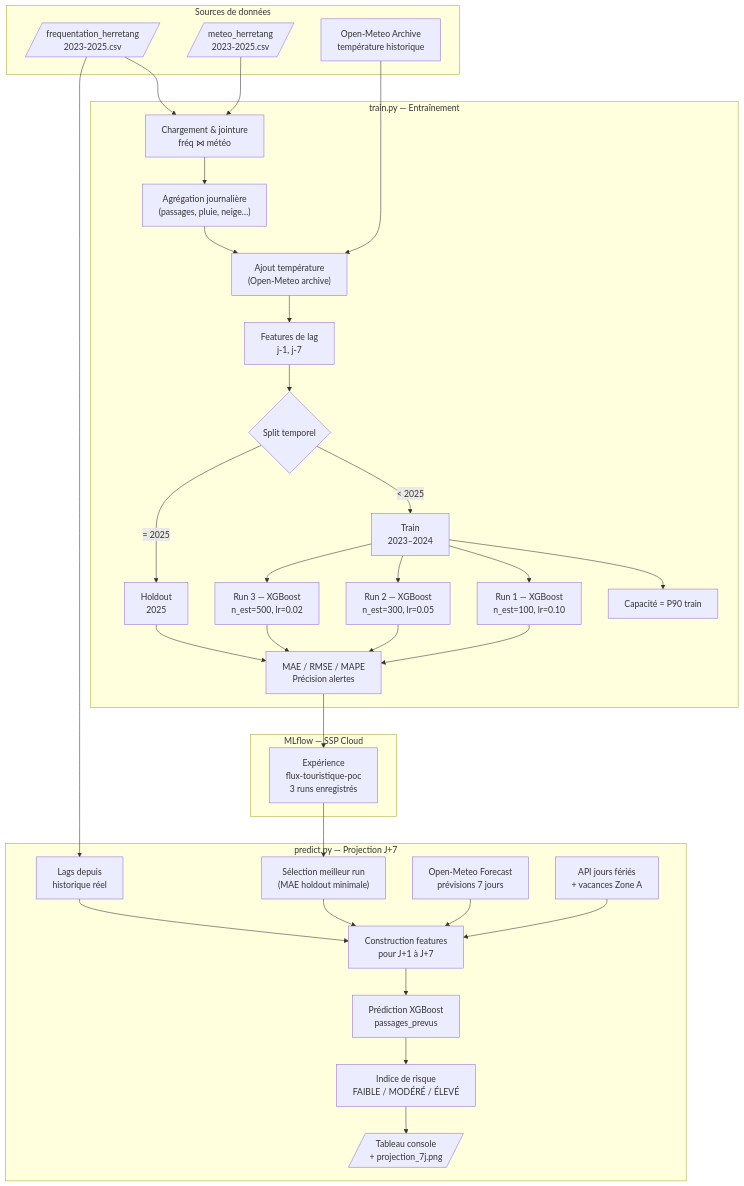
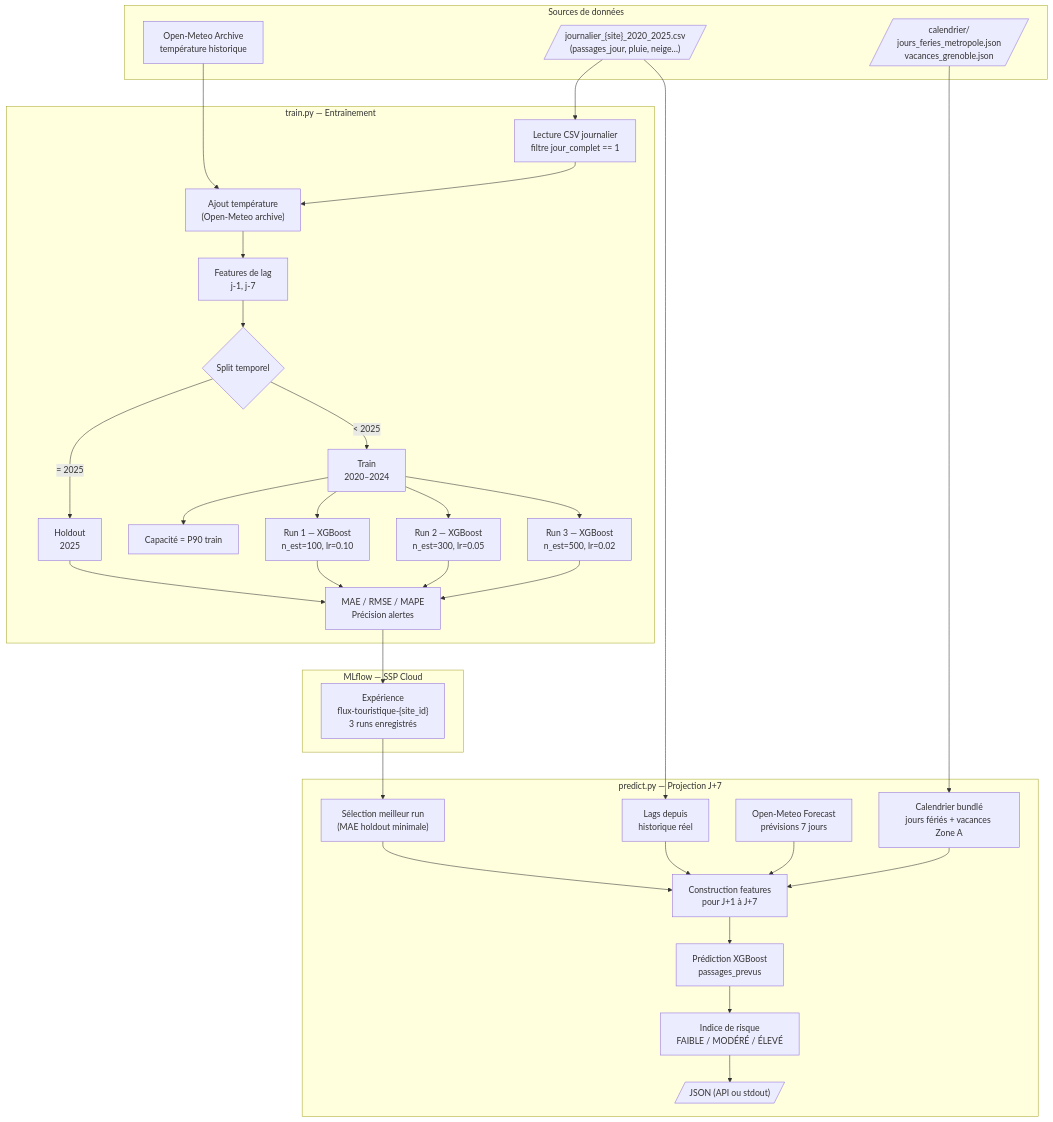
The diagram in src/docs/pipeline_ml.md (Claken/HACKATHON-DGE), drawn with Mermaid before and after one commit. The commit also changed other lines of this file and 2 other files, not shown here.

First line of the commit message:
docs: update for 7-site 2020-2025 dataset and simplified ML pipeline

````diff
--- a/src/docs/pipeline_ml.md
+++ b/src/docs/pipeline_ml.md
@@ -27,63 +25,61 @@
 ```mermaid
 flowchart TD
     subgraph DONNÉES["Sources de données"]
-        CSV_FREQ[/"frequentation_herretang\n2023-2025.csv"/]
-        CSV_METEO[/"meteo_herretang\n2023-2025.csv"/]
+        CSV_J[/"journalier_{site}_2020_2025.csv\n(passages_jour, pluie, neige…)"/]
         API_TEMP["Open-Meteo Archive\ntempérature historique"]
+        CAL_JSON[/"calendrier/\njours_feries_metropole.json\nvacances_grenoble.json"/]
     end
 
     subgraph TRAIN["train.py — Entraînement"]
-        T1["Chargement & jointure\nfréq ⋈ météo"]
-        T2["Agrégation journalière\n(passages, pluie, neige…)"]
-        T3["Ajout température\n(Open-Meteo archive)"]
-        T4["Features de lag\nj-1, j-7"]
-        T5{"Split temporel"}
-        T6["Train\n2023–2024"]
-        T7["Holdout\n2025"]
-        T8["Capacité = P90 train"]
-        T9["Run 1 — XGBoost\nn_est=100, lr=0.10"]
-        T10["Run 2 — XGBoost\nn_est=300, lr=0.05"]
-        T11["Run 3 — XGBoost\nn_est=500, lr=0.02"]
-        T12["MAE / RMSE / MAPE\nPrécision alertes"]
+        T1["Lecture CSV journalier\nfiltre jour_complet == 1"]
+        T2["Ajout température\n(Open-Meteo archive)"]
+        T3["Features de lag\nj-1, j-7"]
+        T4{"Split temporel"}
+        T5["Train\n2020–2024"]
+        T6["Holdout\n2025"]
+        T7["Capacité = P90 train"]
+        T8["Run 1 — XGBoost\nn_est=100, lr=0.10"]
+        T9["Run 2 — XGBoost\nn_est=300, lr=0.05"]
+        T10["Run 3 — XGBoost\nn_est=500, lr=0.02"]
+        T11["MAE / RMSE / MAPE\nPrécision alertes"]
     end
 
     subgraph MLFLOW["MLflow — SSP Cloud"]
-        ML["Expérience\nflux-touristique-poc\n3 runs enregistrés"]
+        ML["Expérience\nflux-touristique-{site_id}\n3 runs enregistrés"]
     end
 
     subgraph PREDICT["predict.py — Projection J+7"]
         P1["Sélection meilleur run\n(MAE holdout minimale)"]
         P2["Lags depuis\nhistorique réel"]
         P3["Open-Meteo Forecast\nprévisions 7 jours"]
-        P4["API jours fériés\n+ vacances Zone A"]
+        P4["Calendrier bundlé\njours fériés + vacances Zone A"]
         P5["Construction features\npour J+1 à J+7"]
         P6["Prédiction XGBoost\npassages_prevus"]
         P7["Indice de risque\nFAIBLE / MODÉRÉ / ÉLEVÉ"]
-        P8[/"Tableau console\n+ projection_7j.png"/]
+        P8[/"JSON (API ou stdout)"/]
     end
 
-    CSV_FREQ --> T1
-    CSV_METEO --> T1
+    CSV_J --> T1
+    API_TEMP --> T2
     T1 --> T2
-    API_TEMP --> T3
     T2 --> T3
     T3 --> T4
-    T4 --> T5
-    T5 -->|"< 2025"| T6
-    T5 -->|"= 2025"| T7
-    T6 --> T8
-    T6 --> T9 & T10 & T11
-    T7 --> T12
-    T9 & T10 & T11 --> T12
-    T12 --> ML
+    T4 -->|"< 2025"| T5
+    T4 -->|"= 2025"| T6
+    T5 --> T7
+    T5 --> T8 & T9 & T10
+    T6 --> T11
+    T8 & T9 & T10 --> T11
+    T11 --> ML
 
     ML --> P1
-    CSV_FREQ --> P2
+    CSV_J --> P2
+    CAL_JSON --> P4
     P1 --> P5
     P2 --> P5
     P3 --> P5
     P4 --> P5
     P5 --> P6
     P6 --> P7
     P7 --> P8
 ```
````
